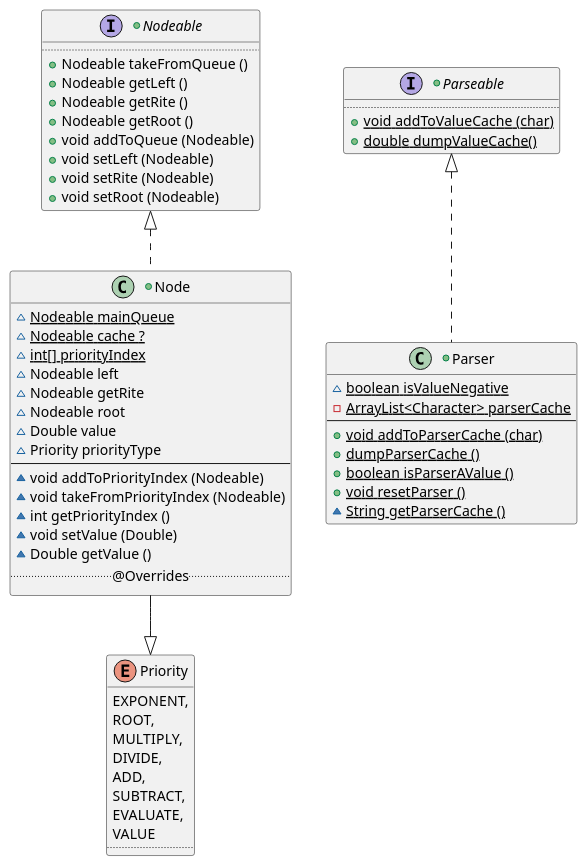
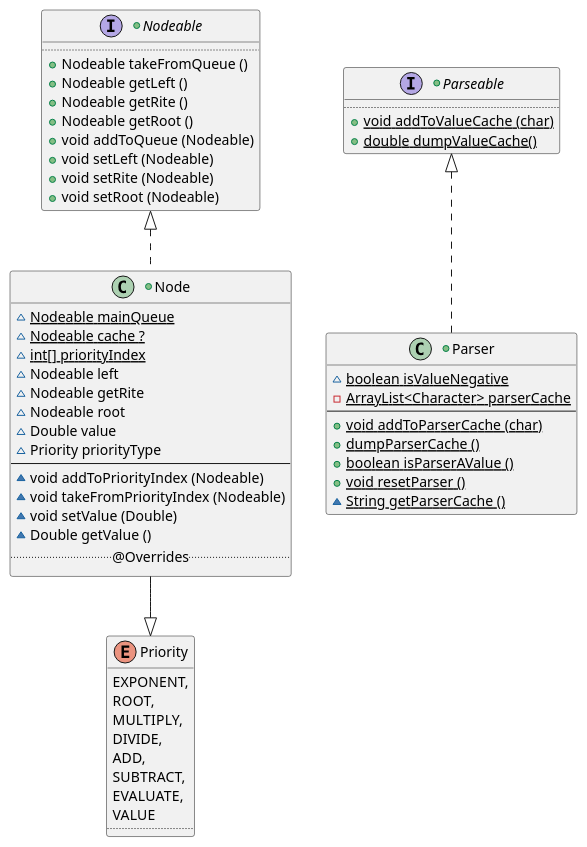
One commit to vitalispopoff/calculator changed the diagram in src/docs/UML/Class Structure.puml. Above: the diagram before and after it, drawn with PlantUML. The commit also changed 4 other files, not shown here.

```diff
--- a/src/docs/UML/Class Structure.puml
+++ b/src/docs/UML/Class Structure.puml
@@ -1,64 +1,64 @@
 @startuml
 
 +interface Nodeable{
     ..
         +   {method} Nodeable takeFromQueue ()
         +   {method} Nodeable getLeft ()
         +   {method} Nodeable getRite ()
         +   {method} Nodeable getRoot ()
         +   {method} void addToQueue (Nodeable)
         +   {method} void setLeft (Nodeable)
         +   {method} void setRite (Nodeable)
         +   {method} void setRoot (Nodeable)
 }
 
 +class Node implements Nodeable{
         ~   {field} {static} Nodeable mainQueue
         ~   {field} {static} Nodeable cache ?
         ~   {field} {static} int[] priorityIndex
         ~   {field} Nodeable left
         ~   {field} Nodeable getRite
         ~   {field} Nodeable root
         ~   {field} Double value
         ~   {field} Priority priorityType
     --
         ~   {method} void addToPriorityIndex (Nodeable)
         ~   {method} void takeFromPriorityIndex (Nodeable)
-        ~   {method} int getPriorityIndex ()
+'        ~   {method} int getPriorityIndex ()
         ~   {method} void setValue (Double)
         ~   {method} Double getValue ()
     .. @Overrides..
 }
 
 +interface Parseable{
     ..
         +   {method} {static} void addToValueCache (char)
         +   {method} {static} double dumpValueCache()
 }
 
 +class Parser implements Parseable{
         ~    {field} {static} boolean isValueNegative
         -   {field} {static} ArrayList<Character> parserCache
     --
         +   {method} {static} void addToParserCache (char)
         +   {method} {static} dumpParserCache ()
         +   {method} {static} boolean isParserAValue ()
         +   {method} {static} void resetParser ()
         ~   {method} {static} String getParserCache ()
 }
 
 enum Priority{
         EXPONENT,
         ROOT,
         MULTIPLY,
         DIVIDE,
         ADD,
         SUBTRACT,
         EVALUATE,
         VALUE
     ..
 }
 
 Node --|> Priority
 
 @enduml
```
